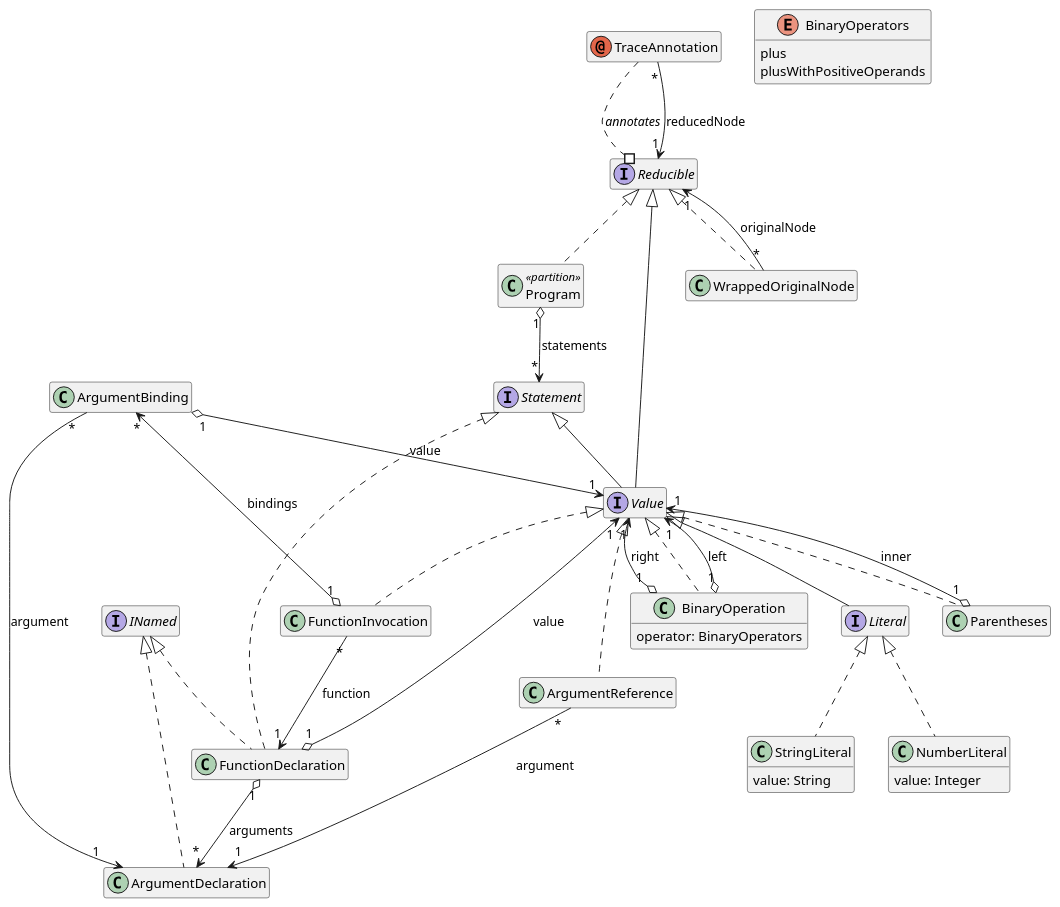
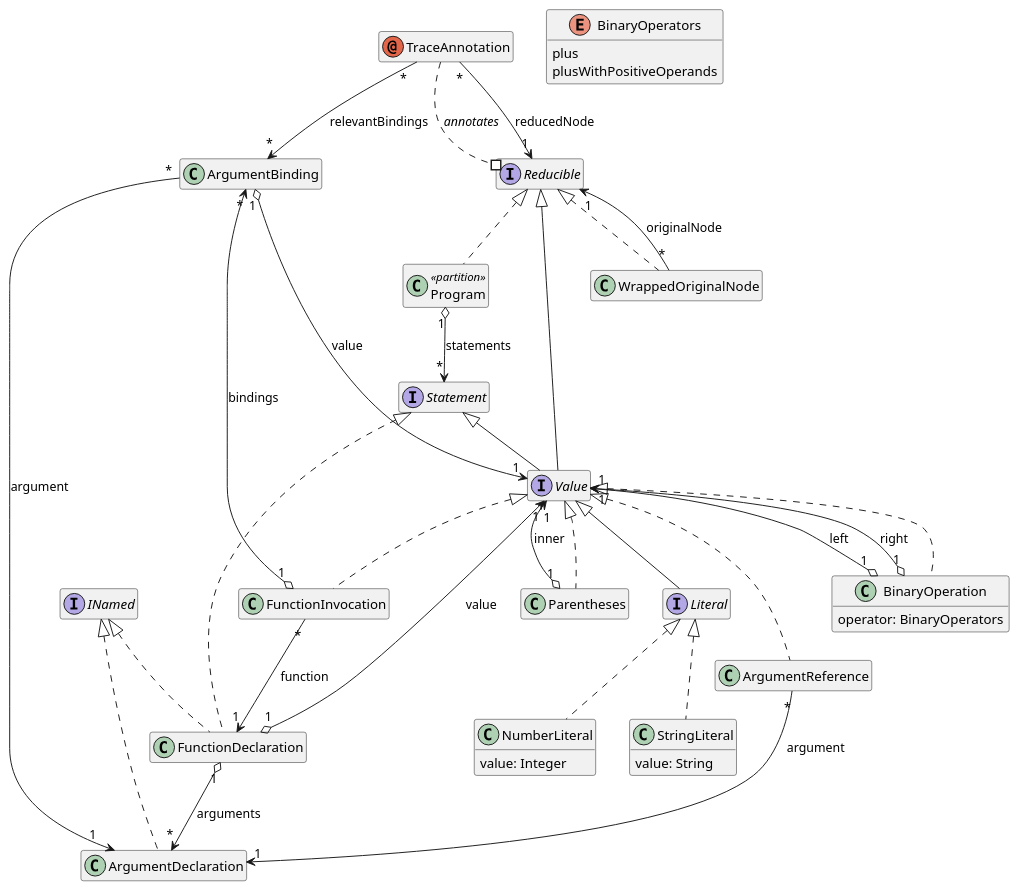
Before and after one commit to dslmeinte/reduction-prototype: the diagram in packages/build/artifacts/ReductionDSL.language.puml, drawn with PlantUML. The commit also changed 9 other files, not shown here.

Commit message:
add relevant bindings to trace

```diff
--- a/packages/build/artifacts/ReductionDSL.language.puml
+++ b/packages/build/artifacts/ReductionDSL.language.puml
@@ -1,73 +1,74 @@
 @startuml
 hide empty members
 
 ' qualified name: "ReductionDSL"
 
 
 class ArgumentBinding
 
 class ArgumentDeclaration implements INamed
 
 class ArgumentReference implements Value
 
 class BinaryOperation implements Value {
   operator: BinaryOperators
 }
 
 enum BinaryOperators {
   plus
   plusWithPositiveOperands
 }
 
 class FunctionDeclaration implements INamed, Statement
 
 class FunctionInvocation implements Value
 
 interface Literal extends Value
 class NumberLiteral implements Literal {
   value: Integer
 }
 
 class Parentheses implements Value
 
 class Program <<partition>> implements Reducible
 
 interface Reducible
 interface Statement
 class StringLiteral implements Literal {
   value: String
 }
 
 annotation TraceAnnotation
 TraceAnnotation ..# Reducible : <i>annotates</i>
 
 interface Value extends Reducible, Statement
 class WrappedOriginalNode implements Reducible
 
 
 
 ' relations:
 
 ArgumentBinding "*" --> "1" ArgumentDeclaration: argument
 ArgumentBinding "1" o--> "1" Value: value
 
 ArgumentReference "*" --> "1" ArgumentDeclaration: argument
 BinaryOperation "1" o--> "1" Value: left
 BinaryOperation "1" o--> "1" Value: right
 
 FunctionDeclaration "1" o--> "*" ArgumentDeclaration: arguments
 FunctionDeclaration "1" o--> "1" Value: value
 FunctionInvocation "*" --> "1" FunctionDeclaration: function
 FunctionInvocation "1" o--> "*" ArgumentBinding: bindings
 
 
 Parentheses "1" o--> "1" Value: inner
 Program "1" o--> "*" Statement: statements
 
 
 
 TraceAnnotation "*" --> "1" Reducible: reducedNode
+TraceAnnotation "*" --> "*" ArgumentBinding: relevantBindings
 
 WrappedOriginalNode "*" --> "1" Reducible: originalNode
 
 @enduml
```
